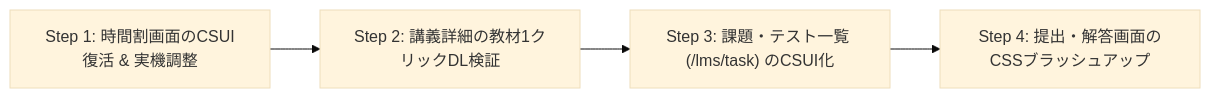
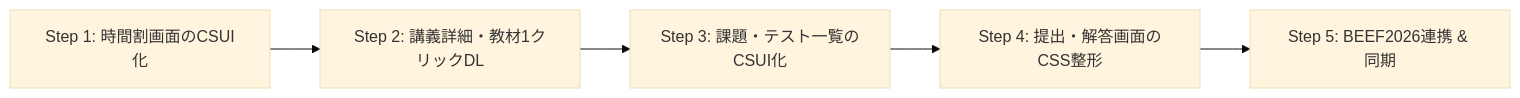
The third of 3 diagrams in docs/PRD.md (Miyanber/my-beef-plus), drawn with Mermaid (base theme) before and after one commit. The commit also changed other lines of this file and 10 other files, not shown here.

````diff
--- a/docs/PRD.md
+++ b/docs/PRD.md
@@ -245,9 +256,10 @@
 ```mermaid
 flowchart LR
-    Step1["Step 1: 時間割画面のCSUI復活 & 実機調整"]
-    Step2["Step 2: 講義詳細の教材1クリックDL検証"]
-    Step3["Step 3: 課題・テスト一覧 (/lms/task) のCSUI化"]
-    Step4["Step 4: 提出・解答画面のCSSブラッシュアップ"]
+    Step1["Step 1: 時間割画面のCSUI化"]
+    Step2["Step 2: 講義詳細・教材1クリックDL"]
+    Step3["Step 3: 課題・テスト一覧のCSUI化"]
+    Step4["Step 4: 提出・解答画面のCSS整形"]
+    Step5["Step 5: BEEF2026連携 & 同期"]
 
-    Step1 --> Step2 --> Step3 --> Step4
+    Step1 --> Step2 --> Step3 --> Step4 --> Step5
 ```
````
